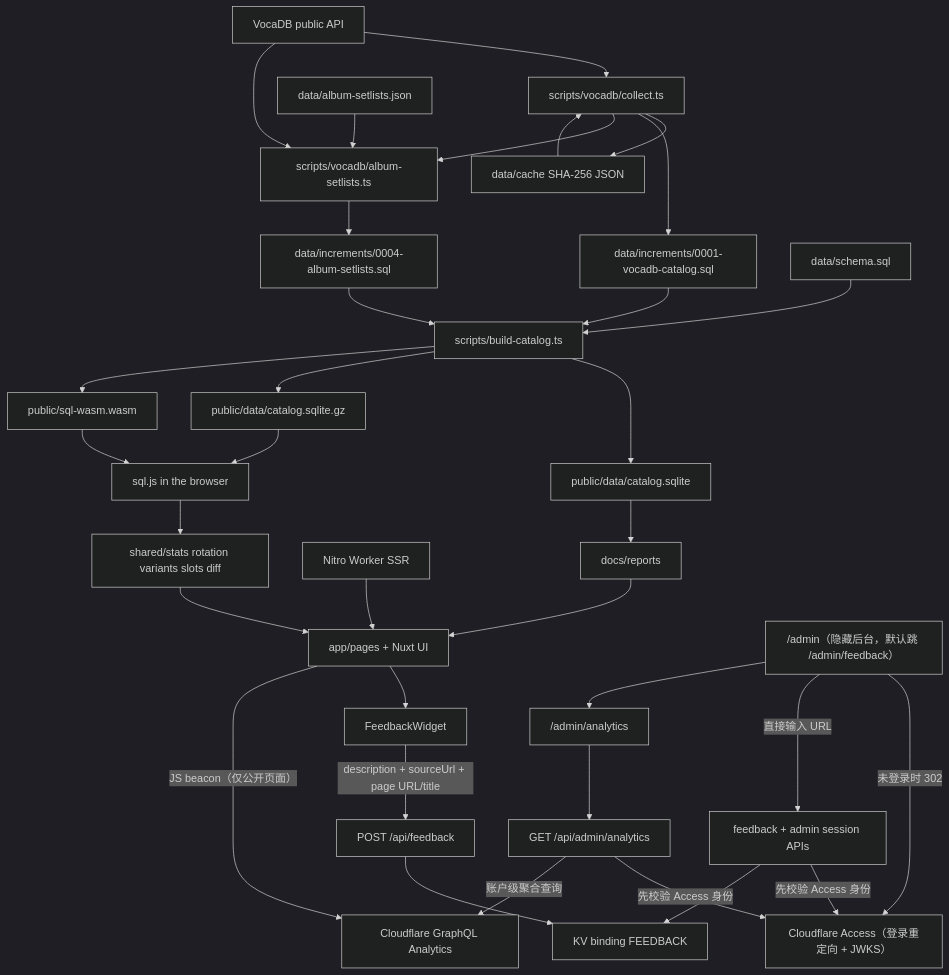
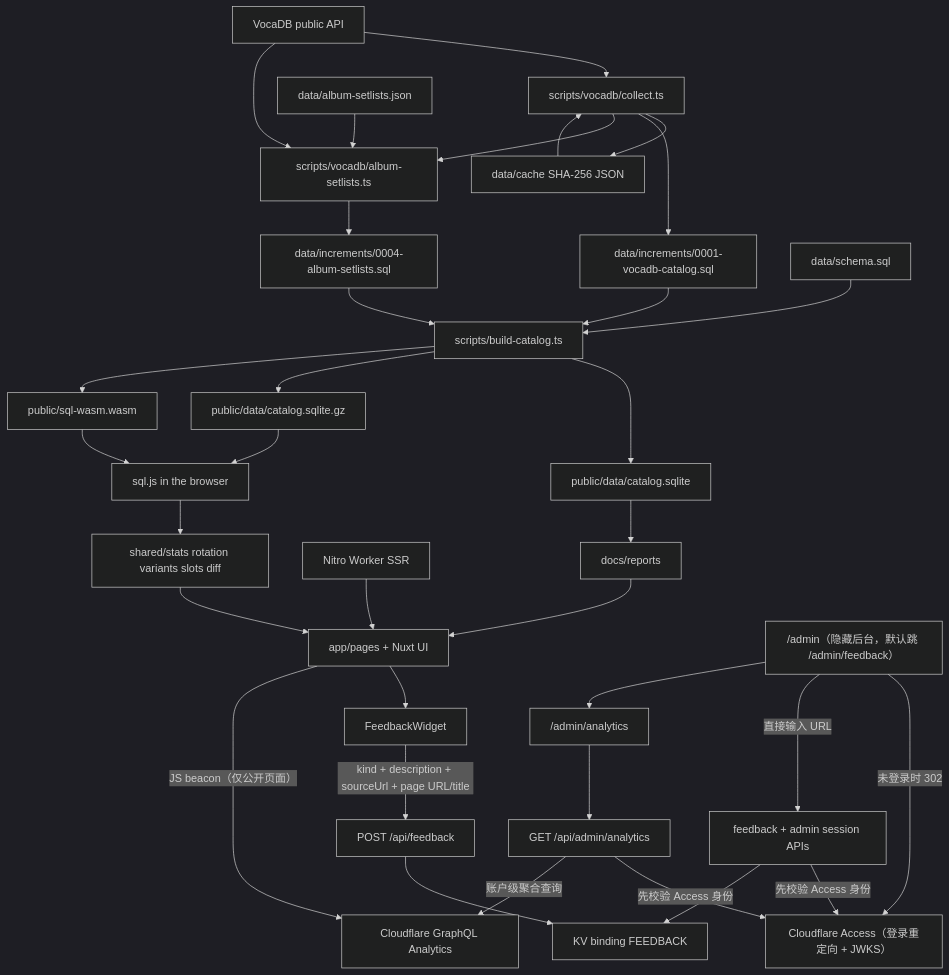
Before and after one commit to RJiazhen/miku-concert-stats: the diagram in docs/architecture.md, drawn with Mermaid (dark theme). The commit also changed other lines of this file and 9 other files, not shown here.

Commit message:
Add a feedback kind radio and rename the report button

````diff
--- a/docs/architecture.md
+++ b/docs/architecture.md
@@ -391,63 +392,63 @@
 ```mermaid
 flowchart TD
   vocadb["VocaDB public API"]
   cache["data/cache SHA-256 JSON"]
   collect["scripts/vocadb/collect.ts"]
   albums["data/album-setlists.json"]
   collectalbums["scripts/vocadb/album-setlists.ts"]
   inc1["data/increments/0001-vocadb-catalog.sql"]
   inc4["data/increments/0004-album-setlists.sql"]
   schema["data/schema.sql"]
   build["scripts/build-catalog.ts"]
   sqlite["public/data/catalog.sqlite"]
   gzip["public/data/catalog.sqlite.gz"]
   wasm["public/sql-wasm.wasm"]
   browser["sql.js in the browser"]
   shared["shared/stats rotation variants slots diff"]
   pages["app/pages + Nuxt UI"]
   widget["FeedbackWidget"]
   feedback["POST /api/feedback"]
   feedbackkv["KV binding FEEDBACK"]
   admin["/admin（隐藏后台，默认跳 /admin/feedback）"]
   adminapi["feedback + admin session APIs"]
   analytics["/admin/analytics"]
   analyticsapi["GET /api/admin/analytics"]
   cfanalytics["Cloudflare GraphQL Analytics"]
   access["Cloudflare Access（登录重定向 + JWKS）"]
   worker["Nitro Worker SSR"]
   report["docs/reports"]
 
   vocadb --> collect
   collect --> cache
   cache --> collect
   collect --> inc1
   vocadb --> collectalbums
   albums --> collectalbums
   collect --> collectalbums
   collectalbums --> inc4
   schema --> build
   inc1 --> build
   inc4 --> build
   build --> sqlite
   build --> gzip
   build --> wasm
   gzip --> browser
   wasm --> browser
   browser --> shared
   shared --> pages
   worker --> pages
   pages --> widget
   pages -->|"JS beacon（仅公开页面）"| cfanalytics
-  widget -->|"description + sourceUrl + page URL/title"| feedback
+  widget -->|"kind + description + sourceUrl + page URL/title"| feedback
   feedback --> feedbackkv
   adminapi -->|"先校验 Access 身份"| access
   adminapi --> feedbackkv
   admin -->|"未登录时 302"| access
   admin -->|"直接输入 URL"| adminapi
   admin --> analytics
   analytics --> analyticsapi
   analyticsapi -->|"先校验 Access 身份"| access
   analyticsapi -->|"账户级聚合查询"| cfanalytics
   sqlite --> report
   report --> pages
 ```
````
